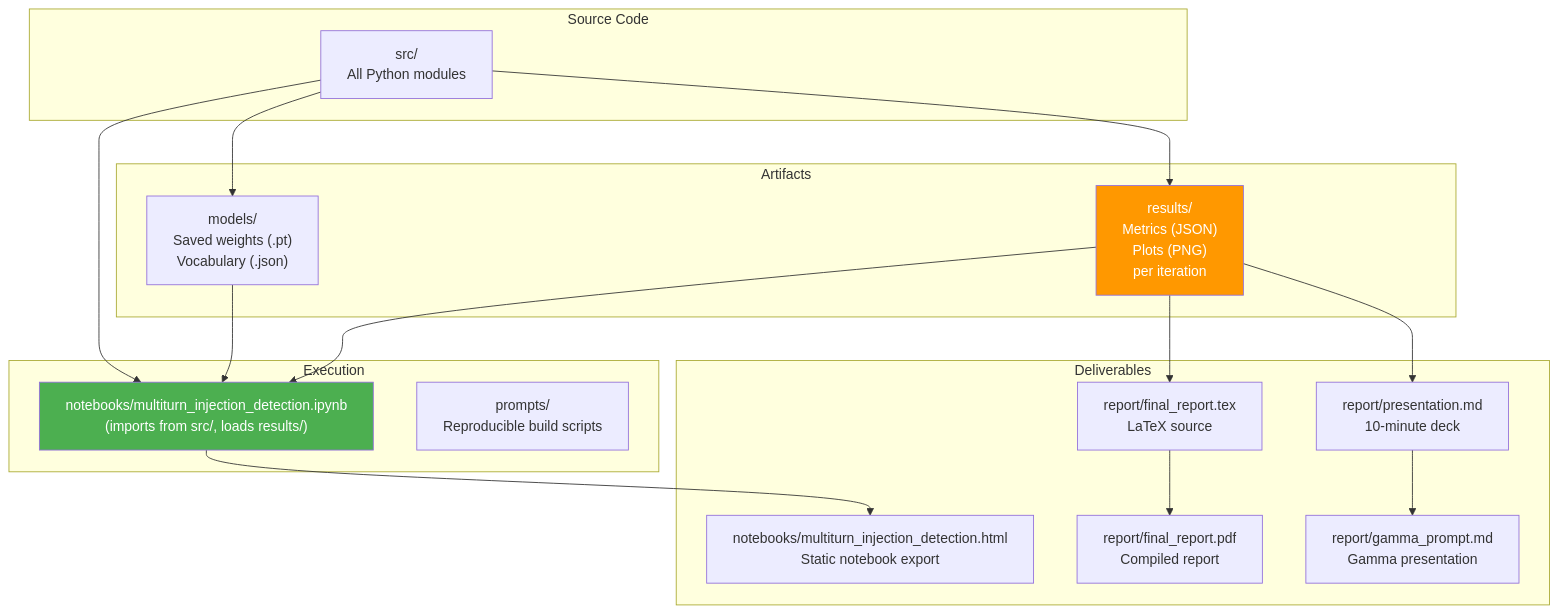
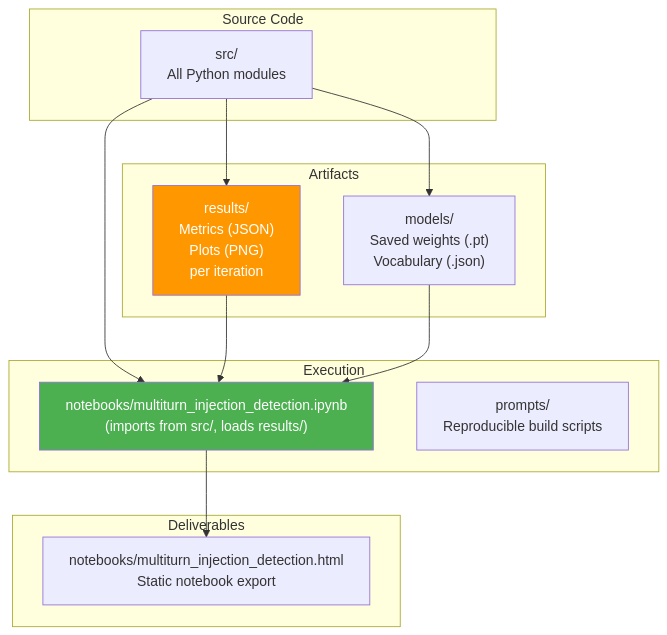
The fourth of 4 diagrams in README.md (rocklambros/multiturn-injection-detection), drawn with Mermaid before and after one commit. The commit also changed other lines of this file and 18 other files, not shown here.

````diff
--- a/README.md
+++ b/README.md
@@ -324,38 +324,30 @@
 ```mermaid
 flowchart TD
     subgraph SC["Source Code"]
         SRC["src/<br/>All Python modules"]
     end
 
     subgraph EX["Execution"]
         NB["notebooks/multiturn_injection_detection.ipynb<br/>(imports from src/, loads results/)"]
         PR["prompts/<br/>Reproducible build scripts"]
     end
 
     subgraph AR["Artifacts"]
         MOD["models/<br/>Saved weights (.pt)<br/>Vocabulary (.json)"]
         RES["results/<br/>Metrics (JSON)<br/>Plots (PNG)<br/>per iteration"]
     end
 
     subgraph DL["Deliverables"]
-        RPT["report/final_report.tex<br/>LaTeX source"]
-        PDF["report/final_report.pdf<br/>Compiled report"]
-        PRES["report/presentation.md<br/>10-minute deck"]
-        GAMMA["report/gamma_prompt.md<br/>Gamma presentation"]
         HTML["notebooks/multiturn_injection_detection.html<br/>Static notebook export"]
     end
 
     SRC --> NB
     SRC --> MOD
     SRC --> RES
     RES --> NB
     MOD --> NB
     NB --> HTML
-    RES --> RPT
-    RPT --> PDF
-    RES --> PRES
-    PRES --> GAMMA
 
     style NB fill:#4CAF50,color:#fff
     style RES fill:#FF9800,color:#fff
 ```
````
